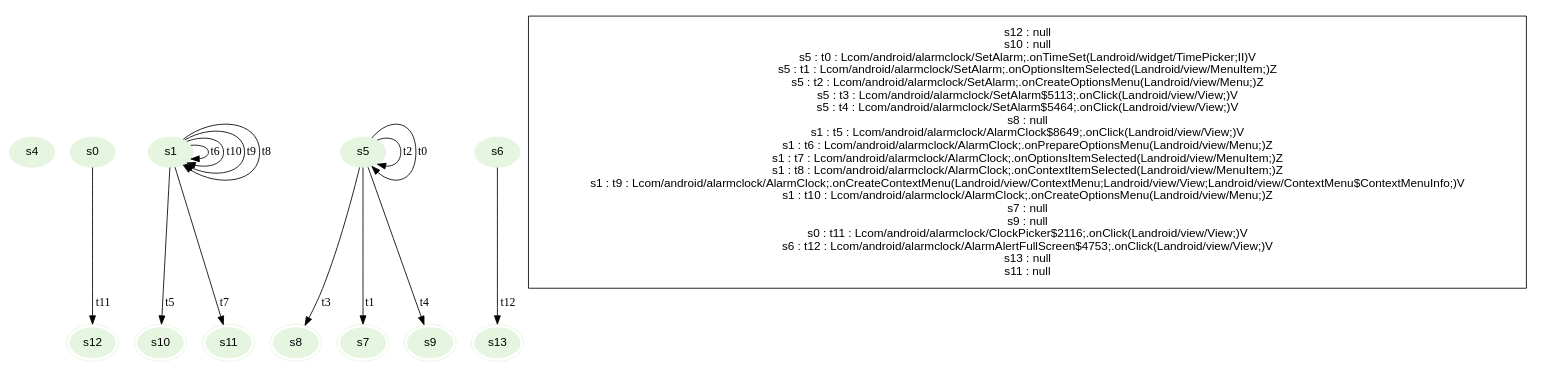
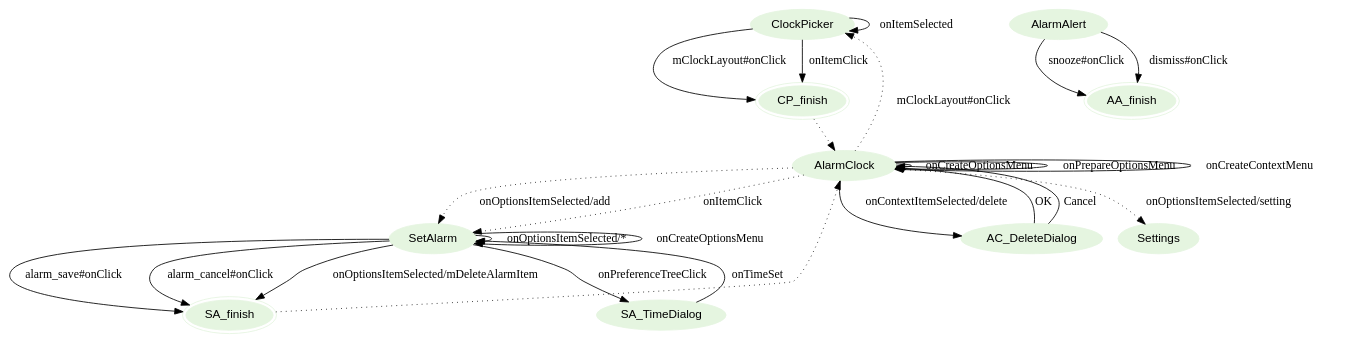
Before and after one commit to hans89/astparser: the diagram in graphviz/AlarmClock.gv, drawn with Graphviz.

Commit message:
Manual update of AlarmClock model

```diff
--- a/graphviz/AlarmClock.gv
+++ b/graphviz/AlarmClock.gv
@@ -1,31 +1,55 @@
 digraph {
 fontname="Helvetica";
+rank=LR;
 node[style=filled, fontname="Helvetica", colorscheme=greens3, color=1];
-s4;
-s12[peripheries=2];
-s10[peripheries=2];
-s5;
-s8[peripheries=2];
-s1;
-s7[peripheries=2];
-s9[peripheries=2];
-s0;
-s6;
-s13[peripheries=2];
-s11[peripheries=2];
-s5 -> s9[label="t4"];
-s5 -> s7[label="t1"];
-s1 -> s11[label="t7"];
-s5 -> s5[label="t2"];
-s1 -> s1[label="t6"];
-s1 -> s1[label="t10"];
-s6 -> s13[label="t12"];
-s5 -> s5[label="t0"];
-s1 -> s1[label="t9"];
-s1 -> s1[label="t8"];
-s1 -> s10[label="t5"];
-s5 -> s8[label="t3"];
-s0 -> s12[label="t11"];
-subgraph cluster_key {
-ds[shape=plaintext, style=solid,label="s12 : null\ns10 : null\ns5 : t0 : Lcom/android/alarmclock/SetAlarm;.onTimeSet(Landroid/widget/TimePicker;II)V\ns5 : t1 : Lcom/android/alarmclock/SetAlarm;.onOptionsItemSelected(Landroid/view/MenuItem;)Z\ns5 : t2 : Lcom/android/alarmclock/SetAlarm;.onCreateOptionsMenu(Landroid/view/Menu;)Z\ns5 : t3 : Lcom/android/alarmclock/SetAlarm$5113;.onClick(Landroid/view/View;)V\ns5 : t4 : Lcom/android/alarmclock/SetAlarm$5464;.onClick(Landroid/view/View;)V\ns8 : null\ns1 : t5 : Lcom/android/alarmclock/AlarmClock$8649;.onClick(Landroid/view/View;)V\ns1 : t6 : Lcom/android/alarmclock/AlarmClock;.onPrepareOptionsMenu(Landroid/view/Menu;)Z\ns1 : t7 : Lcom/android/alarmclock/AlarmClock;.onOptionsItemSelected(Landroid/view/MenuItem;)Z\ns1 : t8 : Lcom/android/alarmclock/AlarmClock;.onContextItemSelected(Landroid/view/MenuItem;)Z\ns1 : t9 : Lcom/android/alarmclock/AlarmClock;.onCreateContextMenu(Landroid/view/ContextMenu;Landroid/view/View;Landroid/view/ContextMenu$ContextMenuInfo;)V\ns1 : t10 : Lcom/android/alarmclock/AlarmClock;.onCreateOptionsMenu(Landroid/view/Menu;)Z\ns7 : null\ns9 : null\ns0 : t11 : Lcom/android/alarmclock/ClockPicker$2116;.onClick(Landroid/view/View;)V\ns6 : t12 : Lcom/android/alarmclock/AlarmAlertFullScreen$4753;.onClick(Landroid/view/View;)V\ns13 : null\ns11 : null\n"];}
+ClockPicker;
+CP_finish[peripheries=2];
+ClockPicker -> ClockPicker[label="onItemSelected"];
+ClockPicker -> CP_finish[label="onItemClick"];
+ClockPicker -> CP_finish[label="mClockLayout#onClick"];
+CP_finish -> AlarmClock[style=dotted];
+
+AlarmAlert;
+AA_finish[peripheries=2];
+AlarmAlert -> AA_finish[label="snooze#onClick"];
+AlarmAlert -> AA_finish[label="dismiss#onClick"];
+
+SetAlarm;
+SA_finish[peripheries=2];
+SA_TimeDialog;
+SetAlarm -> SetAlarm[label="onOptionsItemSelected/*"];
+SetAlarm -> SetAlarm[label="onCreateOptionsMenu"];
+SetAlarm -> SA_finish[label="alarm_save#onClick"];
+SetAlarm -> SA_finish[label="alarm_cancel#onClick"];
+SetAlarm -> SA_finish[label="onOptionsItemSelected/mDeleteAlarmItem"];
+SetAlarm -> SA_TimeDialog[label="onPreferenceTreeClick"];
+SA_TimeDialog -> SetAlarm[label="onTimeSet"];
+SA_finish -> AlarmClock[style=dotted];
+
+
+AlarmClock;
+AlarmClock -> SetAlarm[label="onItemClick",style=dotted];
+AlarmClock -> SetAlarm[label="onOptionsItemSelected/add",style=dotted];
+
+AlarmClock -> ClockPicker[label="mClockLayout#onClick",style=dotted];
+AlarmClock -> AlarmClock[label="onCreateOptionsMenu"];
+AlarmClock -> AlarmClock[label="onPrepareOptionsMenu"];
+AlarmClock -> AlarmClock[label="onCreateContextMenu"];
+
+AC_DeleteDialog;
+AlarmClock -> AC_DeleteDialog[label="onContextItemSelected/delete"];
+AC_DeleteDialog -> AlarmClock[label="OK"];
+AC_DeleteDialog -> AlarmClock[label="Cancel"];
+
+
+
+
+
+
+Settings;
+AlarmClock -> Settings[label="onOptionsItemSelected/setting",style=dotted];
+
+
+
+
 }
```
